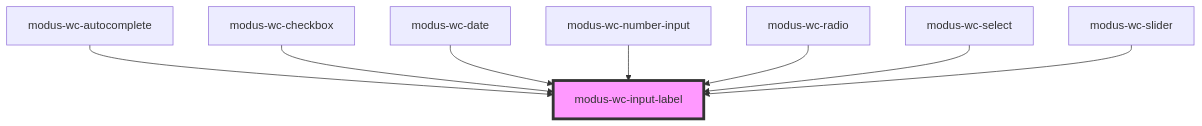
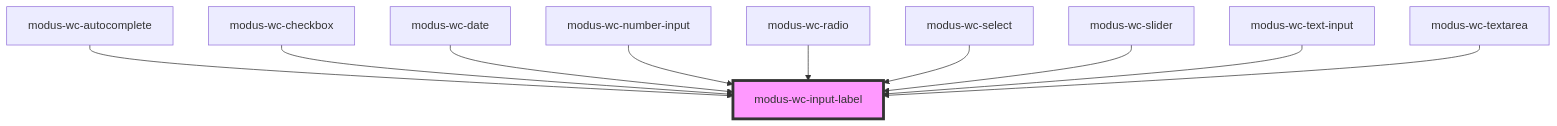
One commit to trimble-oss/modus-wc-2.0 changed the diagram in src/components/atoms/modus-wc-input-label/readme.md. Above: the diagram before and after it, drawn with Mermaid. The commit also changed other lines of this file and 21 other files, not shown here.

Commit message:
feat: add input label to text and textarea inputs

````diff
--- a/src/components/atoms/modus-wc-input-label/readme.md
+++ b/src/components/atoms/modus-wc-input-label/readme.md
@@ -41,11 +43,13 @@
 ```mermaid
 graph TD;
   modus-wc-autocomplete --> modus-wc-input-label
   modus-wc-checkbox --> modus-wc-input-label
   modus-wc-date --> modus-wc-input-label
   modus-wc-number-input --> modus-wc-input-label
   modus-wc-radio --> modus-wc-input-label
   modus-wc-select --> modus-wc-input-label
   modus-wc-slider --> modus-wc-input-label
+  modus-wc-text-input --> modus-wc-input-label
+  modus-wc-textarea --> modus-wc-input-label
   style modus-wc-input-label fill:#f9f,stroke:#333,stroke-width:4px
 ```
````
